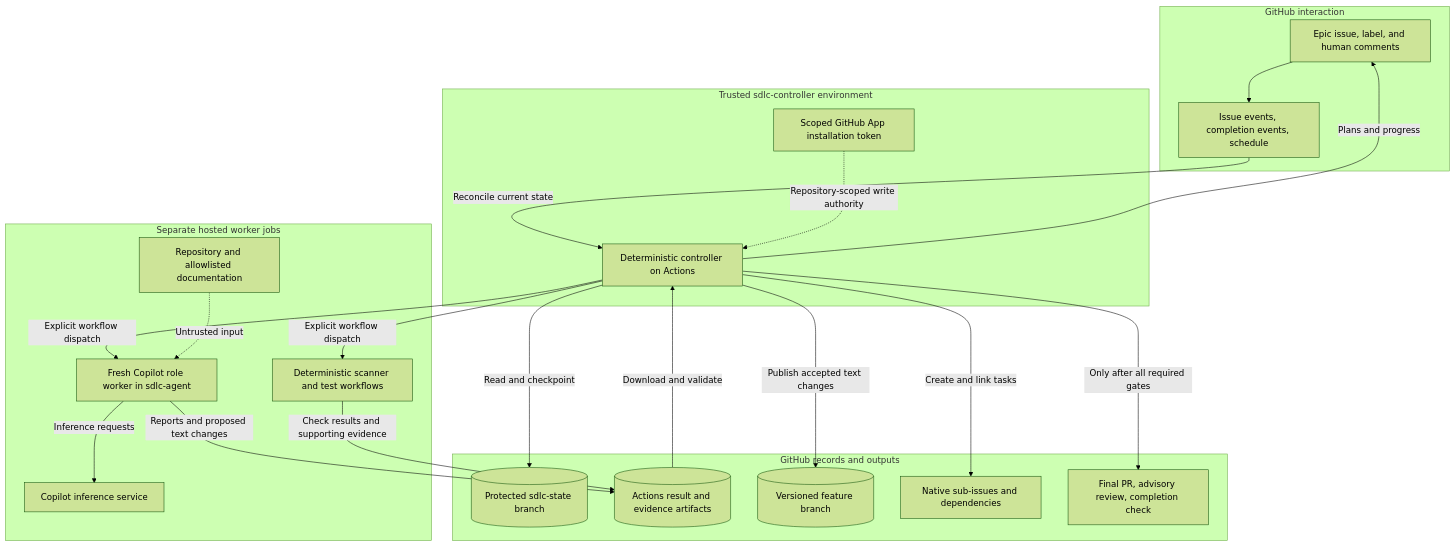
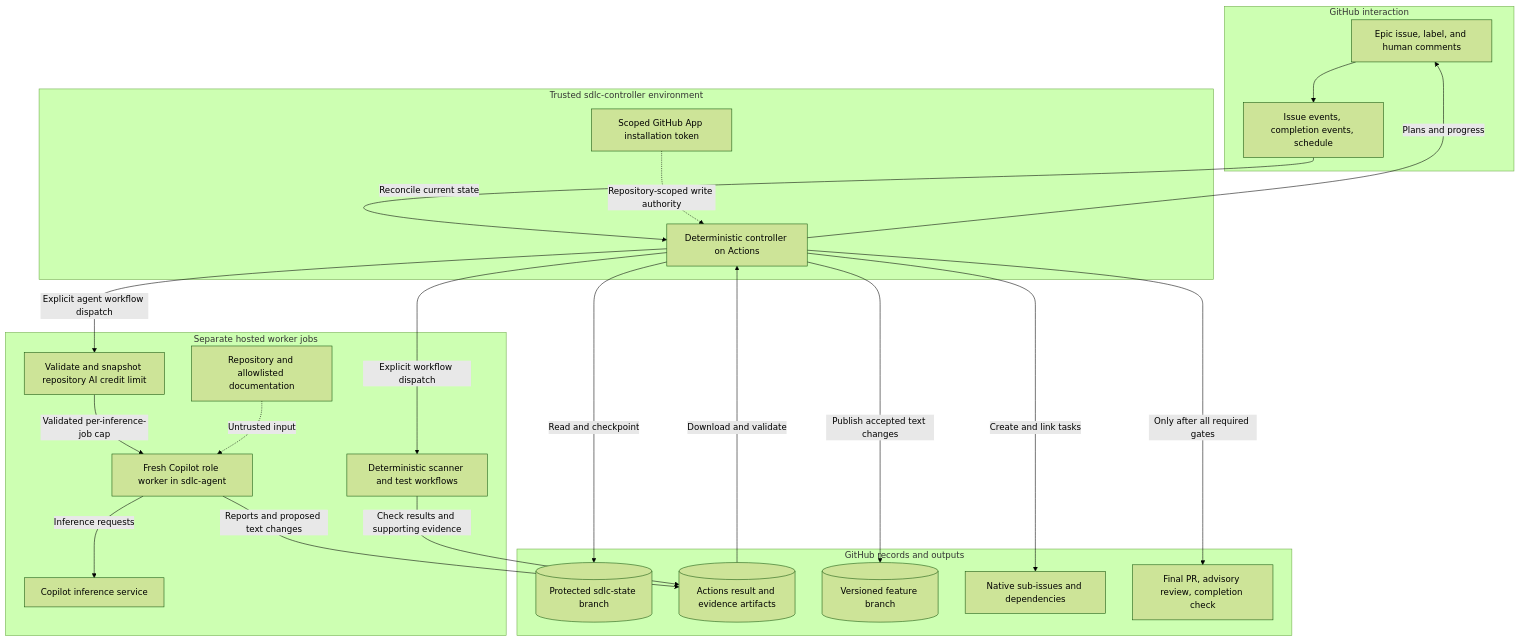
Before and after one commit to dav1dc-cs-test-org/agentic-sdlc-prototype: the first of 7 diagrams in docs/architecture.md, drawn with Mermaid (forest theme). The commit also changed other lines of this file and 21 other files, not shown here.

````diff
--- a/docs/architecture.md
+++ b/docs/architecture.md
@@ -34,39 +34,41 @@
 ```mermaid
 flowchart TD
     subgraph ArchInterface["GitHub interaction"]
         ArchIssue["Epic issue, label, and human comments"]
         ArchEvents["Issue events, completion events, schedule"]
     end
     subgraph ArchControl["Trusted sdlc-controller environment"]
         ArchApp["Scoped GitHub App installation token"]
         ArchController["Deterministic controller on Actions"]
     end
     subgraph ArchExecution["Separate hosted worker jobs"]
+      ArchBudget["Validate and snapshot repository AI credit limit"]
         ArchAgent["Fresh Copilot role worker in sdlc-agent"]
         ArchChecks["Deterministic scanner and test workflows"]
         ArchInference["Copilot inference service"]
         ArchContext["Repository and allowlisted documentation"]
     end
     subgraph ArchRecords["GitHub records and outputs"]
         ArchState[("Protected sdlc-state branch")]
         ArchArtifacts[("Actions result and evidence artifacts")]
         ArchBranch[("Versioned feature branch")]
         ArchTasks["Native sub-issues and dependencies"]
         ArchPR["Final PR, advisory review, completion check"]
     end
     ArchIssue --> ArchEvents
     ArchEvents -->|"Reconcile current state"| ArchController
     ArchApp -.->|"Repository-scoped write authority"| ArchController
     ArchController -->|"Read and checkpoint"| ArchState
     ArchController -->|"Create and link tasks"| ArchTasks
-    ArchController -->|"Explicit workflow dispatch"| ArchAgent
+    ArchController -->|"Explicit agent workflow dispatch"| ArchBudget
+    ArchBudget -->|"Validated per-inference-job cap"| ArchAgent
     ArchController -->|"Explicit workflow dispatch"| ArchChecks
     ArchAgent -->|"Inference requests"| ArchInference
     ArchContext -.->|"Untrusted input"| ArchAgent
     ArchAgent -->|"Reports and proposed text changes"| ArchArtifacts
     ArchChecks -->|"Check results and supporting evidence"| ArchArtifacts
     ArchArtifacts -->|"Download and validate"| ArchController
     ArchController -->|"Publish accepted text changes"| ArchBranch
     ArchController -->|"Only after all required gates"| ArchPR
     ArchController -->|"Plans and progress"| ArchIssue
 ```
````
